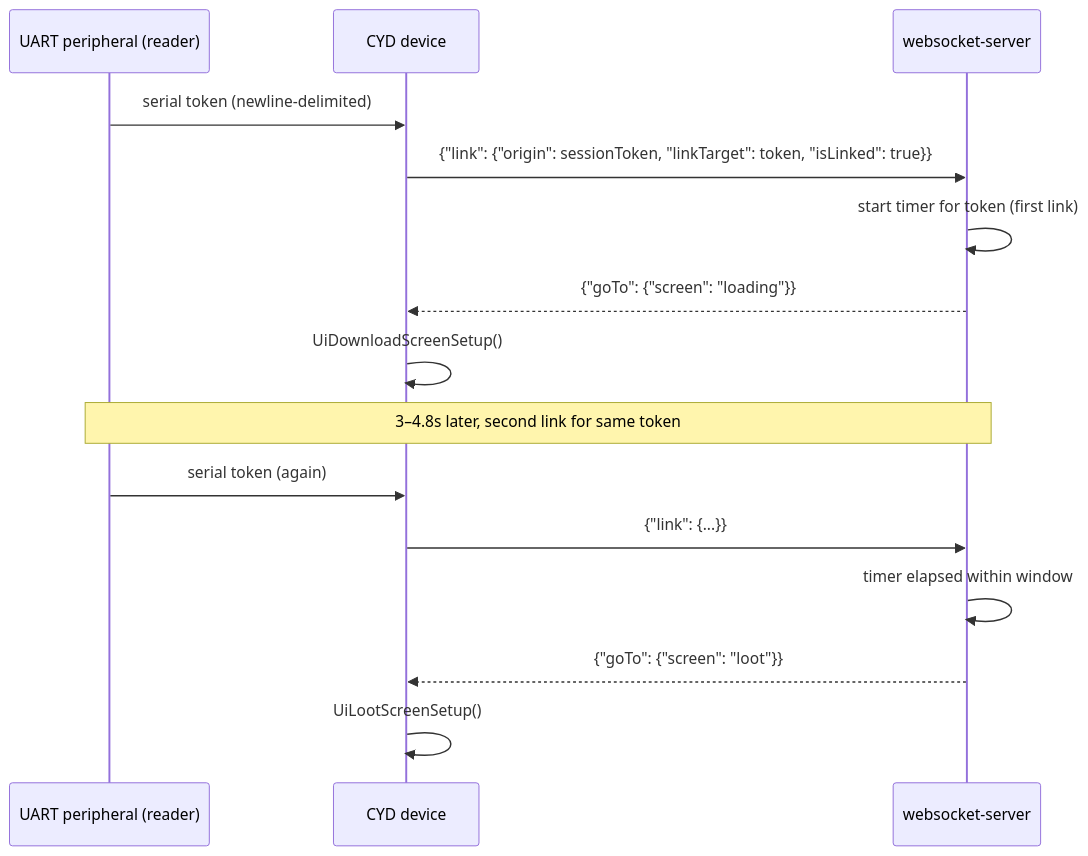
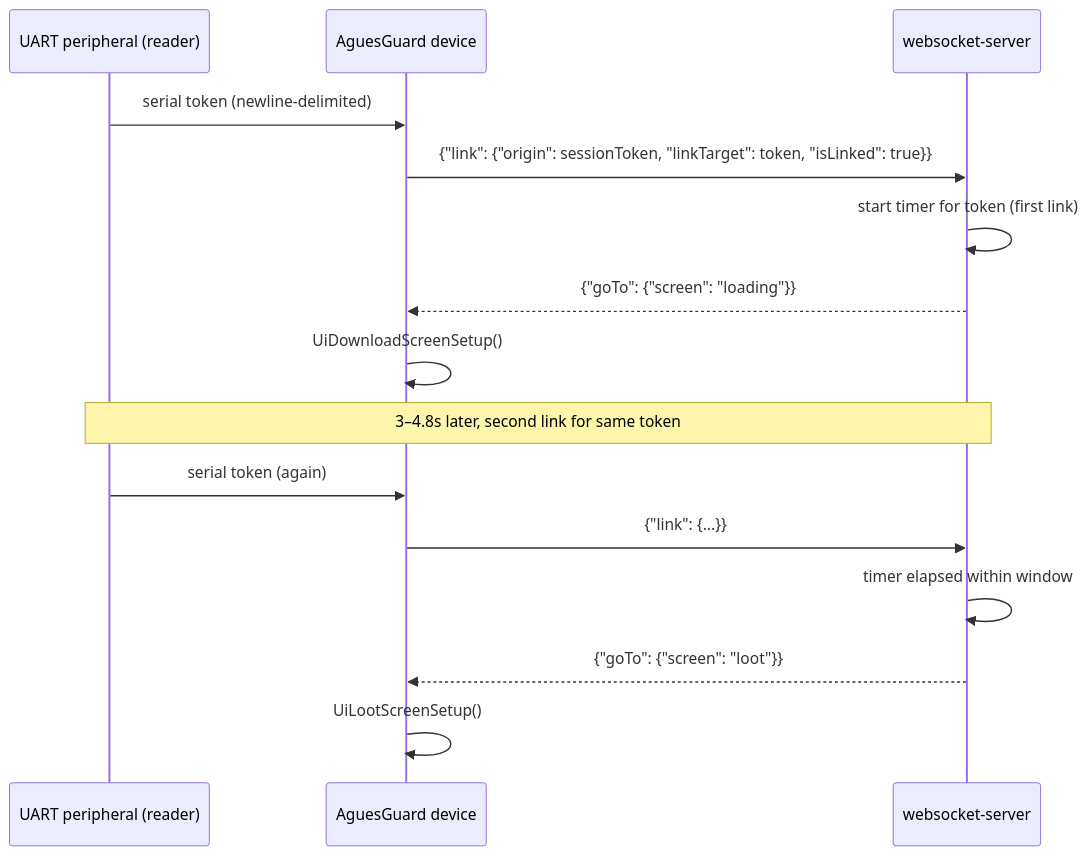
Before and after one commit to yodivdhende/terra-prime: the sixth of 7 diagrams in docs/agues-guard_DESIGN.md, drawn with Mermaid. The commit also changed other lines of this file, not shown here.

````diff
--- a/docs/agues-guard_DESIGN.md
+++ b/docs/agues-guard_DESIGN.md
@@ -163,18 +165,18 @@
 ```mermaid
 sequenceDiagram
     participant P as UART peripheral (reader)
-    participant D as CYD device
+    participant D as AguesGuard device
     participant WS as websocket-server
 
     P->>D: serial token (newline-delimited)
     D->>WS: {"link": {"origin": sessionToken, "linkTarget": token, "isLinked": true}}
     WS->>WS: start timer for token (first link)
     WS-->>D: {"goTo": {"screen": "loading"}}
     D->>D: UiDownloadScreenSetup()
     Note over P,WS: 3–4.8s later, second link for same token
     P->>D: serial token (again)
     D->>WS: {"link": {...}}
     WS->>WS: timer elapsed within window
     WS-->>D: {"goTo": {"screen": "loot"}}
     D->>D: UiLootScreenSetup()
 ```
````
